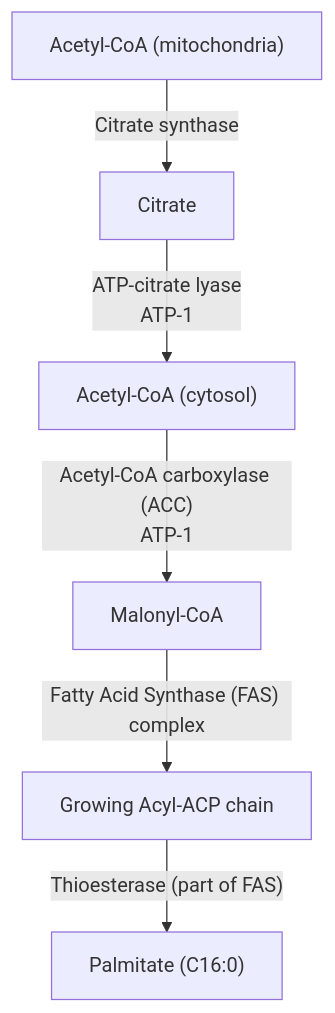
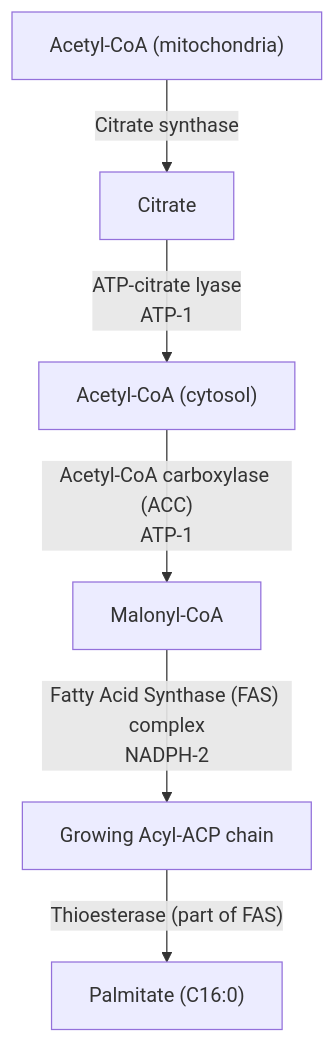
The diagram in src/biology_as_code/pathways/packs/fatty_acid_synthesis/pathway.mermaid (murffious/biology_as_code), drawn with Mermaid before and after one commit. The commit also changed 23 other files, not shown here.

Commit message:
refactor: standardize metabolic cofactor sign conventions, update pathway diagrams, and consolidate type definitions.

```diff
--- a/src/biology_as_code/pathways/packs/fatty_acid_synthesis/pathway.mermaid
+++ b/src/biology_as_code/pathways/packs/fatty_acid_synthesis/pathway.mermaid
@@ -1,14 +1,14 @@
 flowchart TD
   %% Auto-generated from registry pathway: fatty_acid_synthesis
   %% Do not hand-edit; re-run scripts/export_pathway_packs.py
   acetyl_coa_mito["Acetyl-CoA (mitochondria)"]
   citrate["Citrate"]
   acetyl_coa_cyto["Acetyl-CoA (cytosol)"]
   malonyl_coa["Malonyl-CoA"]
   acyl_acp["Growing Acyl-ACP chain"]
   palmitate["Palmitate (C16:0)"]
   acetyl_coa_mito -->|"Citrate synthase"| citrate
   citrate -->|"ATP-citrate lyase<br/>ATP-1"| acetyl_coa_cyto
   acetyl_coa_cyto -->|"Acetyl-CoA carboxylase (ACC)<br/>ATP-1"| malonyl_coa
-  malonyl_coa -->|"Fatty Acid Synthase (FAS) complex"| acyl_acp
+  malonyl_coa -->|"Fatty Acid Synthase (FAS) complex<br/>NADPH-2"| acyl_acp
   acyl_acp -->|"Thioesterase (part of FAS)"| palmitate
```
